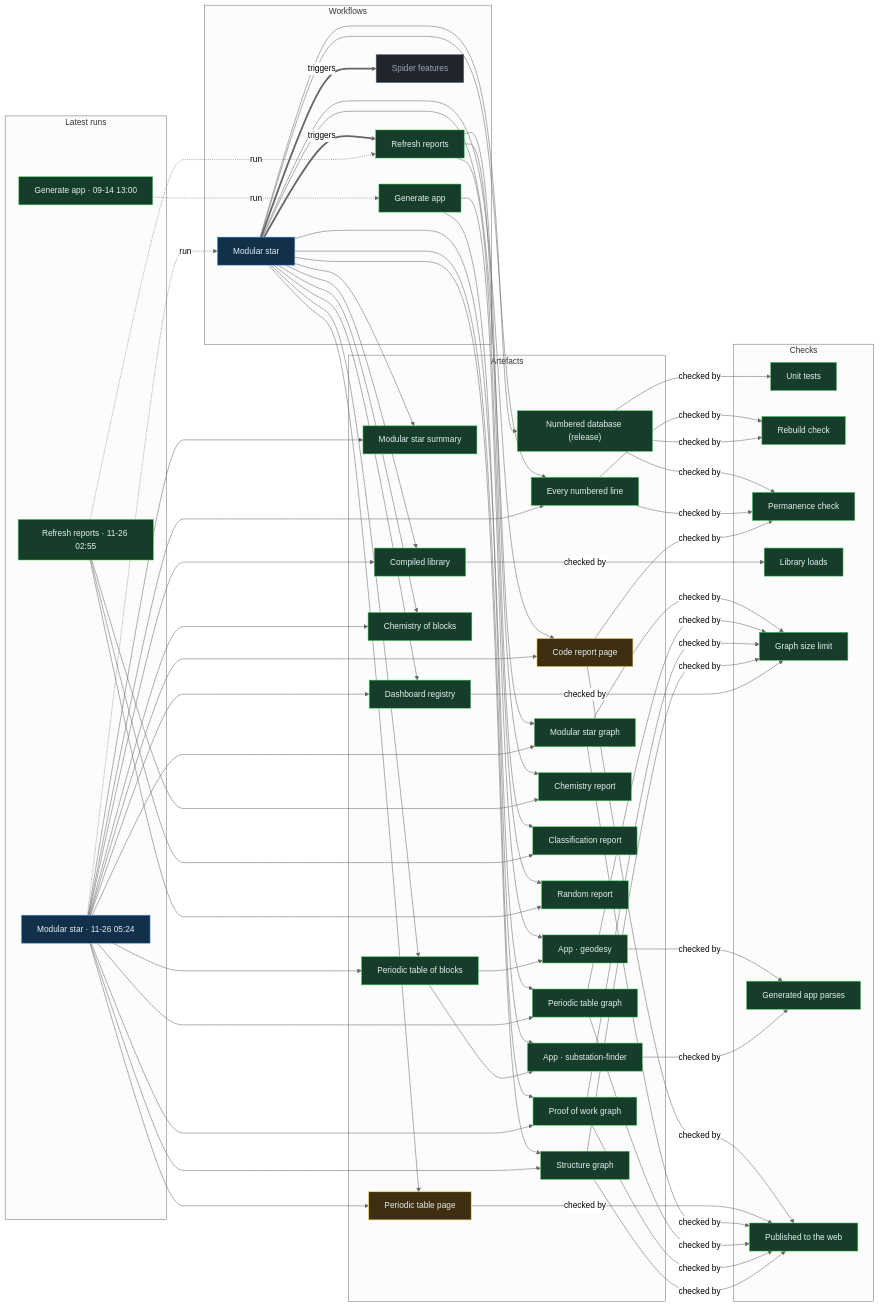
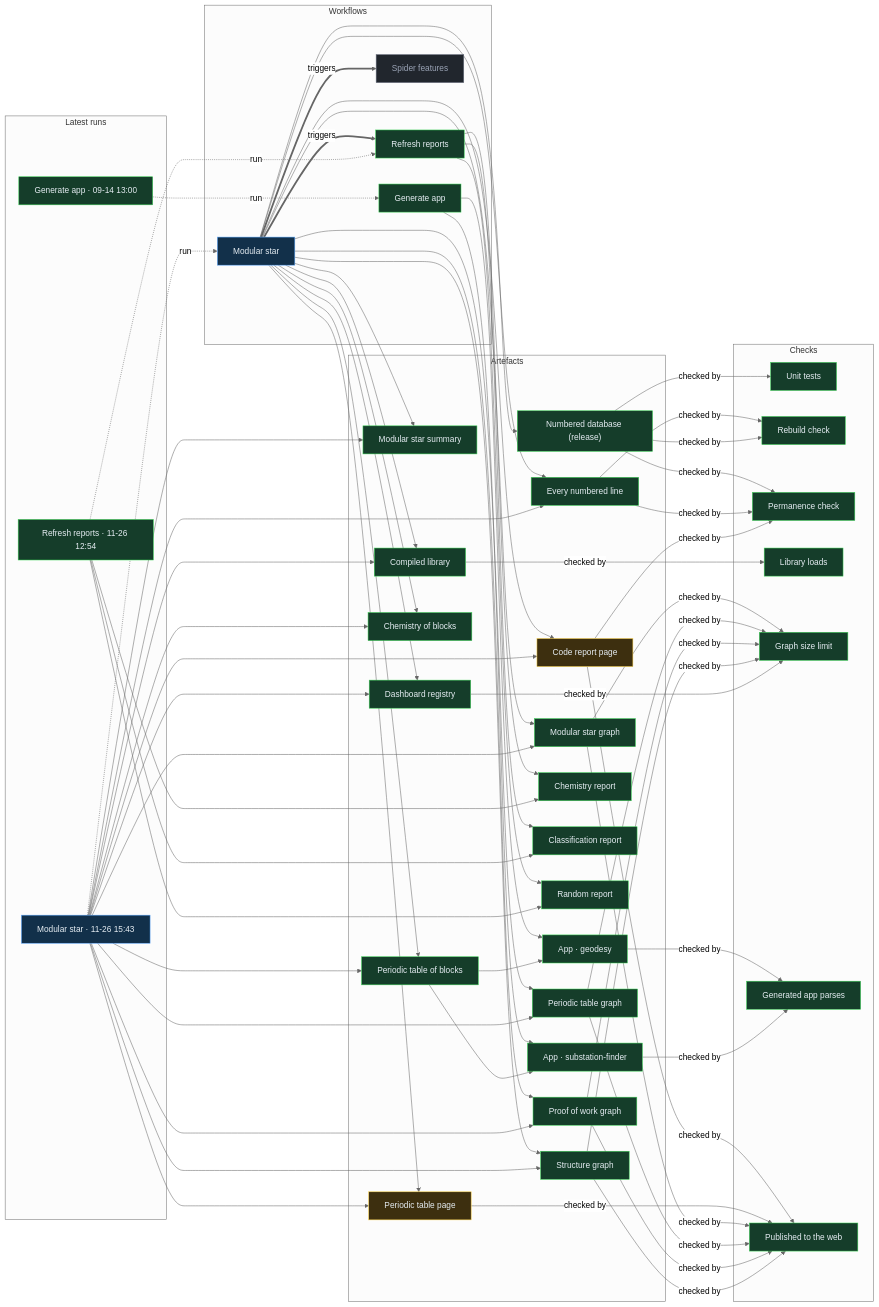
One commit to Ventusltd/stars changed the diagram in proof/PROOF.md. Above: the diagram before and after it, drawn with Mermaid (neutral theme). The commit also changed other lines of this file and 174 other files, not shown here.

Commit message:
Modular star 2026-11-26T15:46Z

```diff
--- a/proof/PROOF.md
+++ b/proof/PROOF.md
@@ -24,8 +24,8 @@
   n_wf_spider_features["Spider features"]:::off
   end
   subgraph g_runs["Latest runs"]
-  n_run_45761404464["Modular star · 11-26 05:24"]:::live
-  n_run_45745633399["Refresh reports · 11-26 02:55"]:::ok
+  n_run_45851887289["Modular star · 11-26 15:43"]:::live
+  n_run_45824096966["Refresh reports · 11-26 12:54"]:::ok
   n_run_34846587798["Generate app · 09-14 13:00"]:::ok
   end
   subgraph g_artefacts["Artefacts"]
@@ -59,39 +59,39 @@
   end
   n_wf_modular_star == triggers ==> n_wf_refresh
   n_wf_modular_star == triggers ==> n_wf_spider_features
-  n_run_45761404464 -. run .-> n_wf_modular_star
-  n_run_45745633399 -. run .-> n_wf_refresh
+  n_run_45851887289 -. run .-> n_wf_modular_star
+  n_run_45824096966 -. run .-> n_wf_refresh
   n_run_34846587798 -. run .-> n_wf_generate
   n_wf_modular_star --> n_art_summary
-  n_run_45761404464 --> n_art_summary
+  n_run_45851887289 --> n_art_summary
   n_wf_modular_star --> n_art_lines
-  n_run_45761404464 --> n_art_lines
+  n_run_45851887289 --> n_art_lines
   n_wf_modular_star --> n_art_code
-  n_run_45761404464 --> n_art_code
+  n_run_45851887289 --> n_art_code
   n_wf_modular_star --> n_art_modular_graph
-  n_run_45761404464 --> n_art_modular_graph
+  n_run_45851887289 --> n_art_modular_graph
   n_wf_modular_star --> n_art_blocks
-  n_run_45761404464 --> n_art_blocks
+  n_run_45851887289 --> n_art_blocks
   n_wf_modular_star --> n_art_table
-  n_run_45761404464 --> n_art_table
+  n_run_45851887289 --> n_art_table
   n_wf_modular_star --> n_art_blocks_graph
-  n_run_45761404464 --> n_art_blocks_graph
+  n_run_45851887289 --> n_art_blocks_graph
   n_wf_modular_star --> n_art_reactions
-  n_run_45761404464 --> n_art_reactions
+  n_run_45851887289 --> n_art_reactions
   n_wf_modular_star --> n_art_library
-  n_run_45761404464 --> n_art_library
+  n_run_45851887289 --> n_art_library
   n_wf_modular_star --> n_art_features
-  n_run_45761404464 --> n_art_features
+  n_run_45851887289 --> n_art_features
   n_wf_modular_star --> n_art_proof
-  n_run_45761404464 --> n_art_proof
+  n_run_45851887289 --> n_art_proof
   n_wf_modular_star --> n_art_structure
-  n_run_45761404464 --> n_art_structure
+  n_run_45851887289 --> n_art_structure
   n_wf_refresh --> n_art_chemistry
-  n_run_45745633399 --> n_art_chemistry
+  n_run_45824096966 --> n_art_chemistry
   n_wf_refresh --> n_art_vedic
-  n_run_45745633399 --> n_art_vedic
+  n_run_45824096966 --> n_art_vedic
   n_wf_refresh --> n_art_random
-  n_run_45745633399 --> n_art_random
+  n_run_45824096966 --> n_art_random
   n_wf_modular_star --> n_art_release
   n_wf_generate --> n_app_geodesy
   n_art_blocks --> n_app_geodesy
```
